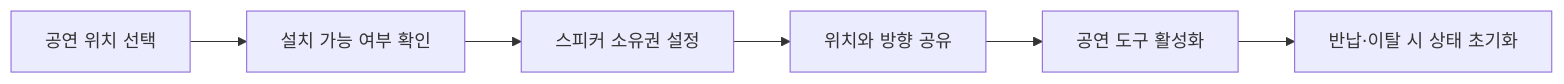
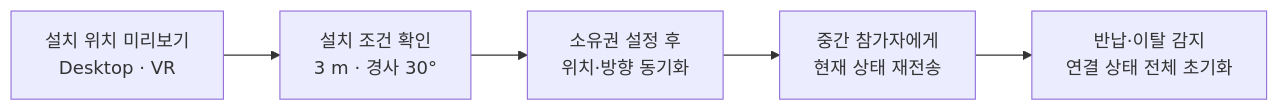
Before and after one commit to hjcud/Shinjuku-Live-Street: the first of 2 diagrams in README.md, drawn with Mermaid. The commit also changed other lines of this file and 9 other files, not shown here.

````diff
--- a/README.md
+++ b/README.md
@@ -64,8 +74,7 @@
-```mermaid
+~~~mermaid
 flowchart LR
-    A[공연 위치 선택] --> B[설치 가능 여부 확인]
-    B --> C[스피커 소유권 설정]
-    C --> D[위치와 방향 공유]
-    D --> E[공연 도구 활성화]
-    E --> F[반납·이탈 시 상태 초기화]
-```
+    A["설치 위치 미리보기<br/>Desktop · VR"] --> B["설치 조건 확인<br/>3 m · 경사 30°"]
+    B --> C["소유권 설정 후<br/>위치·방향 동기화"]
+    C --> D["중간 참가자에게<br/>현재 상태 재전송"]
+    D --> E["반납·이탈 감지<br/>연결 상태 전체 초기화"]
+~~~
````
